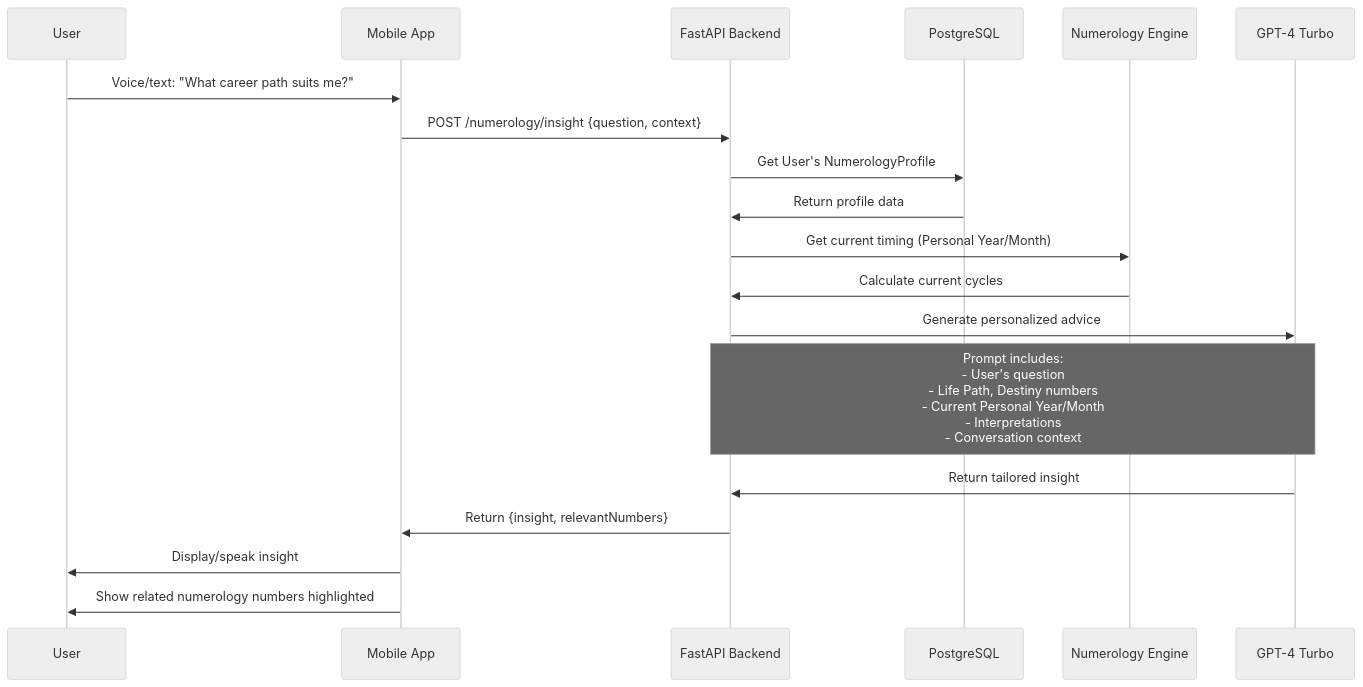
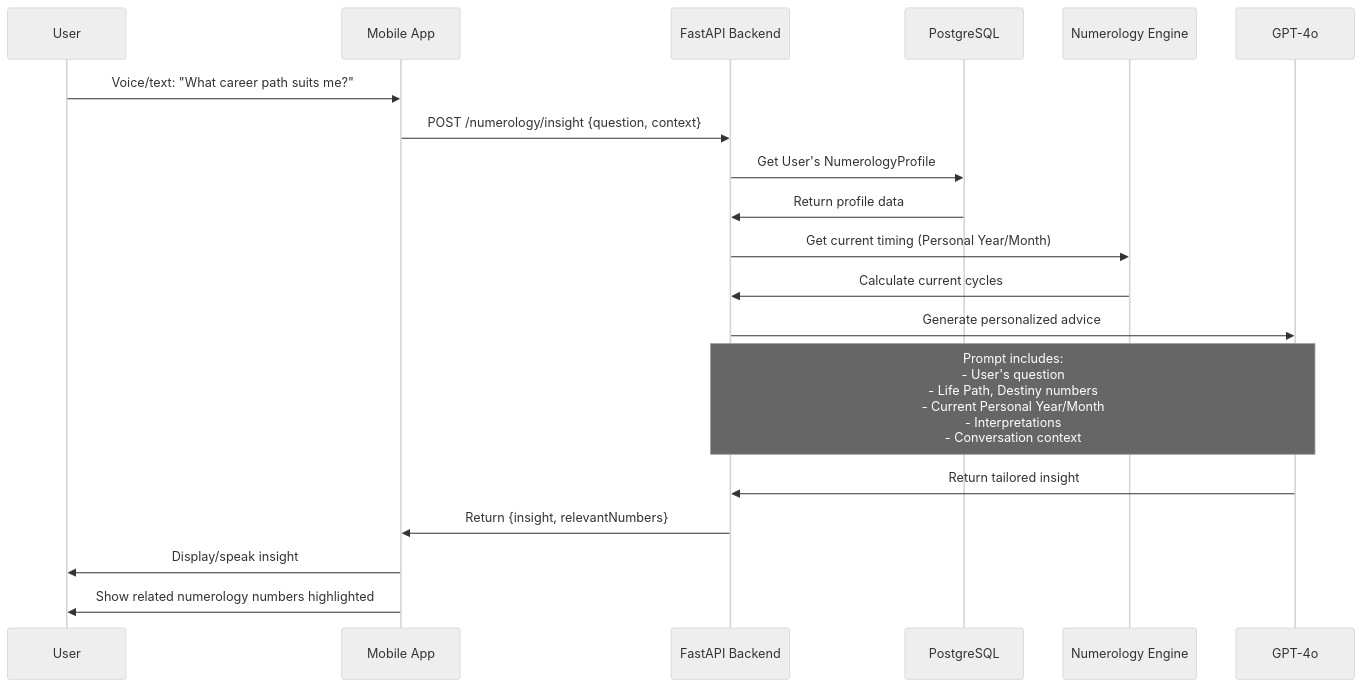
One commit to hieutrtr/numerologist changed the fourth of 6 diagrams in docs/architecture.md. Above: the diagram before and after it, drawn with Mermaid (neutral theme). The commit also changed other lines of this file, not shown here.

Commit message:
review architecture doc

````diff
--- a/docs/architecture.md
+++ b/docs/architecture.md
@@ -1268,25 +1356,25 @@
 ```mermaid
 sequenceDiagram
     participant U as User
     participant M as Mobile App
     participant API as FastAPI Backend
     participant DB as PostgreSQL
     participant NUM as Numerology Engine
-    participant GPT as GPT-4 Turbo
+    participant GPT as GPT-4o
 
     U->>M: Voice/text: "What career path suits me?"
     M->>API: POST /numerology/insight {question, context}
     API->>DB: Get User's NumerologyProfile
     DB->>API: Return profile data
     
     API->>NUM: Get current timing (Personal Year/Month)
     NUM->>API: Calculate current cycles
     
     API->>GPT: Generate personalized advice
     Note over API,GPT: Prompt includes:<br/>- User's question<br/>- Life Path, Destiny numbers<br/>- Current Personal Year/Month<br/>- Interpretations<br/>- Conversation context
     GPT->>API: Return tailored insight
     
     API->>M: Return {insight, relevantNumbers}
     M->>U: Display/speak insight
     M->>U: Show related numerology numbers highlighted
 ```
````
